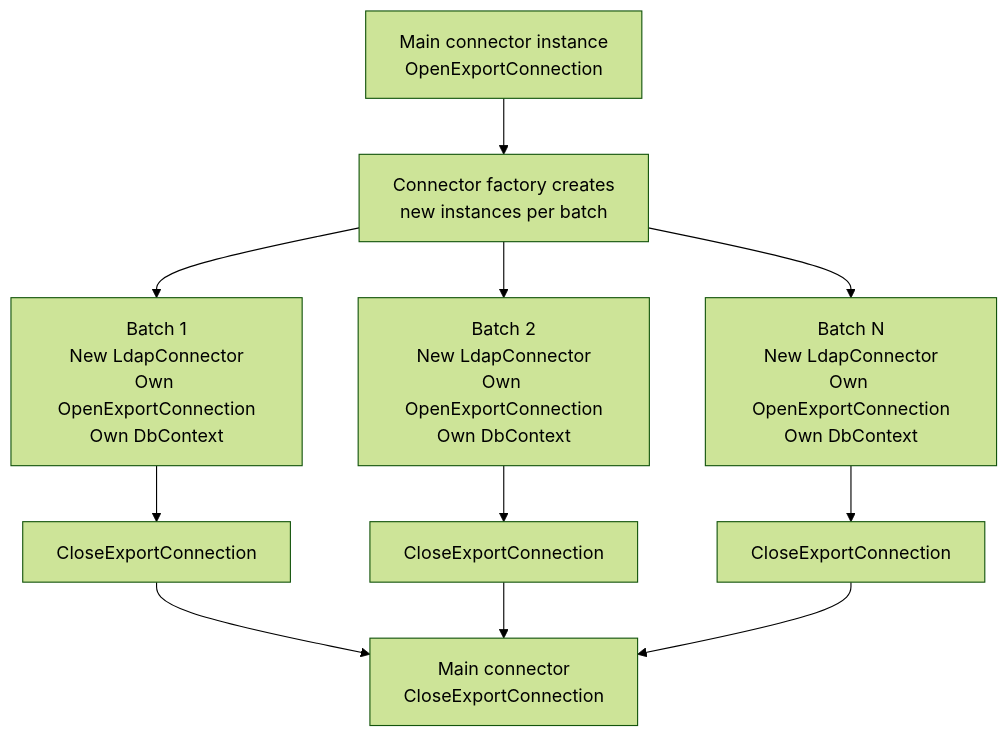
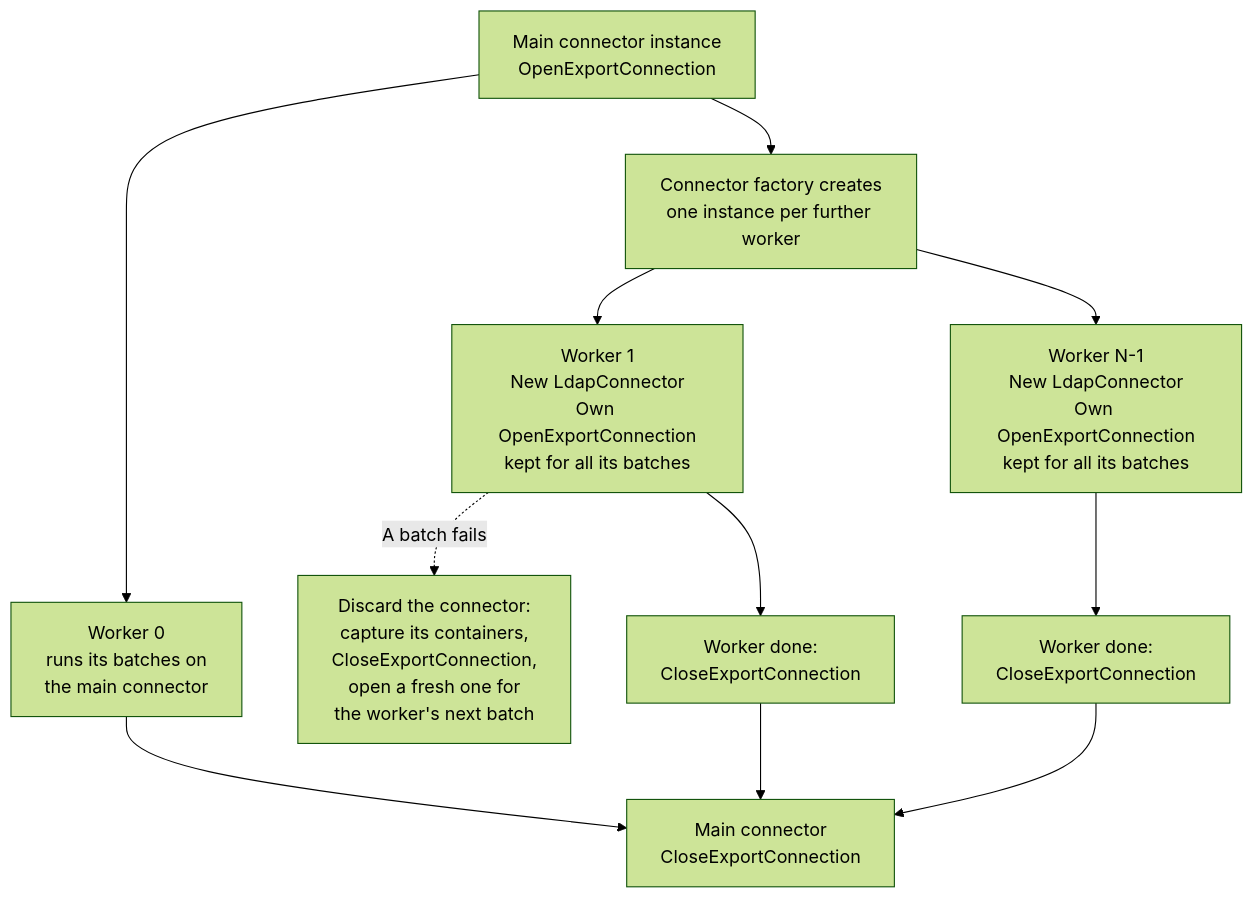
One commit to TetronIO/JIM changed the sixth of 7 diagrams in engineering/developer/diagrams/CONNECTOR_LIFECYCLE.md. Above: the diagram before and after it, drawn with Mermaid (forest theme). The commit also changed other lines of this file and 10 other files, not shown here.

````diff
--- a/engineering/developer/diagrams/CONNECTOR_LIFECYCLE.md
+++ b/engineering/developer/diagrams/CONNECTOR_LIFECYCLE.md
@@ -155,16 +165,17 @@
 ```mermaid
 flowchart TD
-    Main[Main connector instance<br/>OpenExportConnection] --> Factory[Connector factory creates<br/>new instances per batch]
+    Main[Main connector instance<br/>OpenExportConnection] --> W0[Worker 0<br/>runs its batches on<br/>the main connector]
+    Main --> Factory[Connector factory creates<br/>one instance per further worker]
 
-    Factory --> B1[Batch 1<br/>New LdapConnector<br/>Own OpenExportConnection<br/>Own DbContext]
-    Factory --> B2[Batch 2<br/>New LdapConnector<br/>Own OpenExportConnection<br/>Own DbContext]
-    Factory --> BN[Batch N<br/>New LdapConnector<br/>Own OpenExportConnection<br/>Own DbContext]
+    Factory --> W1[Worker 1<br/>New LdapConnector<br/>Own OpenExportConnection<br/>kept for all its batches]
+    Factory --> WN[Worker N-1<br/>New LdapConnector<br/>Own OpenExportConnection<br/>kept for all its batches]
 
-    B1 --> Close1[CloseExportConnection]
-    B2 --> Close2[CloseExportConnection]
-    BN --> CloseN[CloseExportConnection]
+    W1 -.->|A batch fails| Replace[Discard the connector:<br/>capture its containers,<br/>CloseExportConnection,<br/>open a fresh one for<br/>the worker's next batch]
 
-    Close1 --> MainClose[Main connector<br/>CloseExportConnection]
-    Close2 --> MainClose
+    W1 --> Close1[Worker done:<br/>CloseExportConnection]
+    WN --> CloseN[Worker done:<br/>CloseExportConnection]
+
+    W0 --> MainClose[Main connector<br/>CloseExportConnection]
+    Close1 --> MainClose
     CloseN --> MainClose
 ```
````
